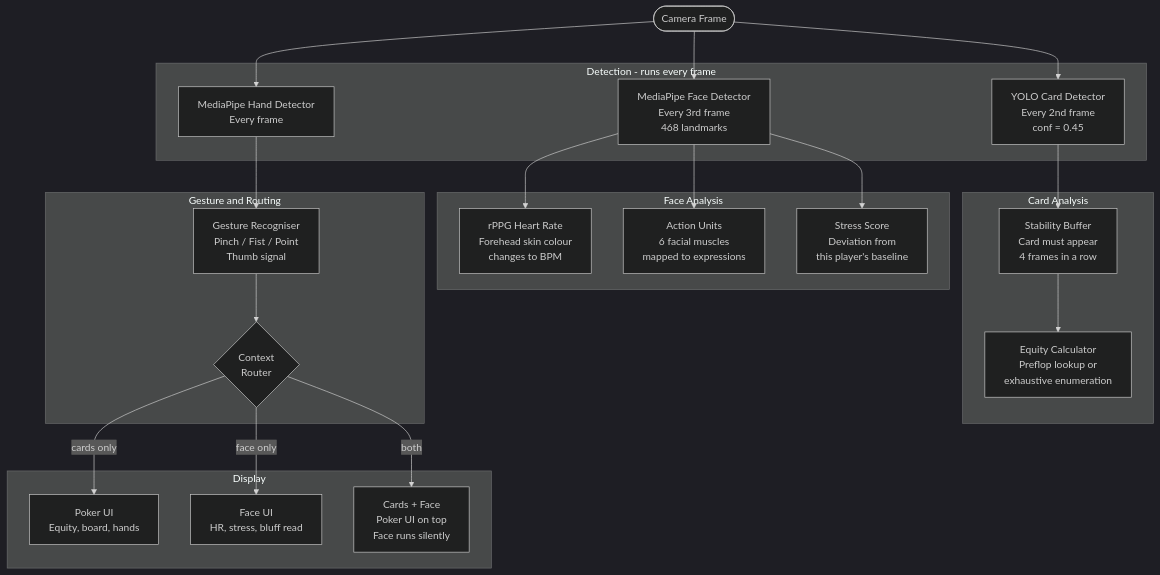
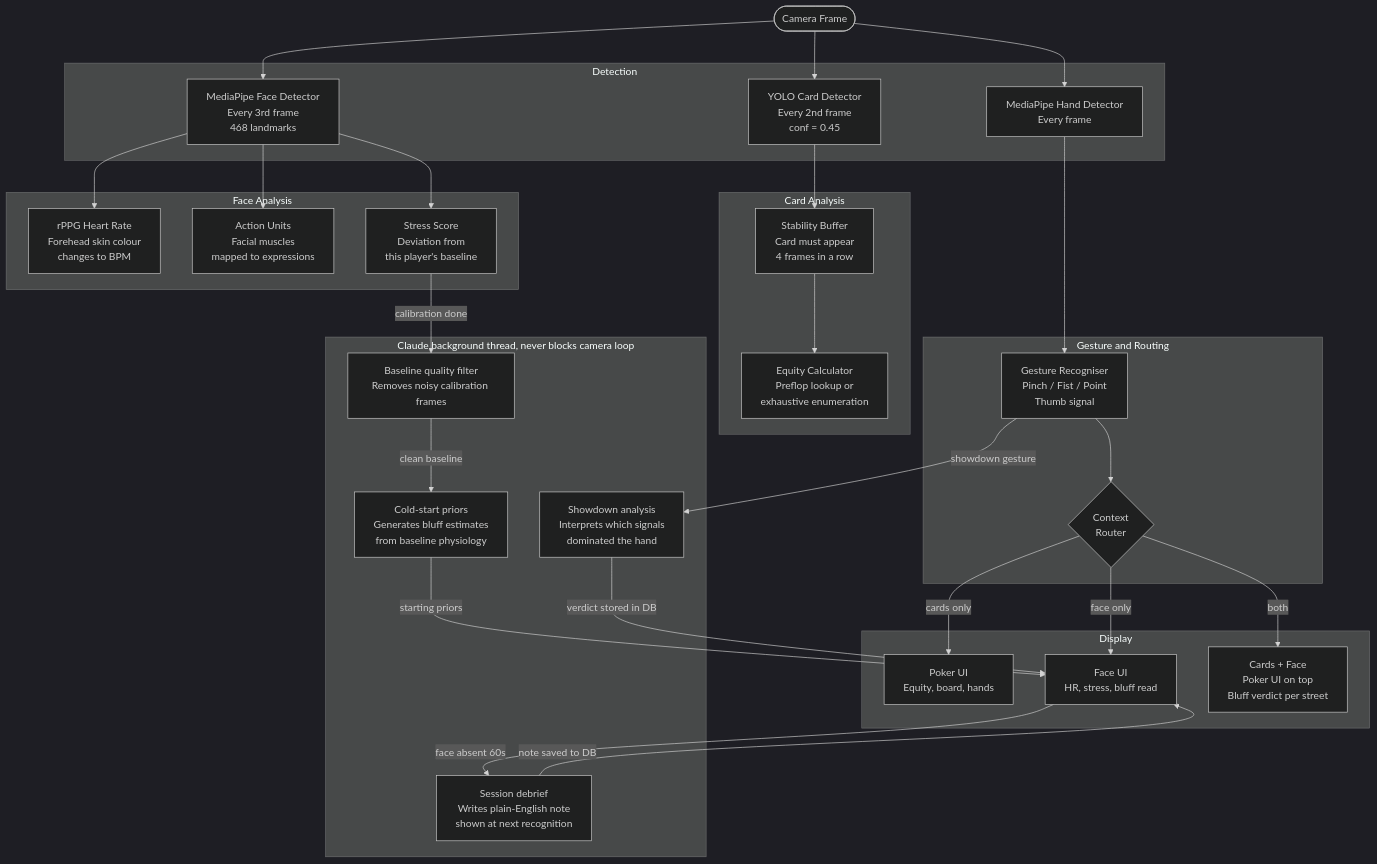
One commit to Dee-1862/PokerFace changed the second of 4 diagrams in README.md. Above: the diagram before and after it, drawn with Mermaid (dark theme). The commit also changed other lines of this file and 29 other files, not shown here.

````diff
--- a/README.md
+++ b/README.md
@@ -60,40 +64,55 @@
 ```mermaid
 flowchart TD
     CAM([Camera Frame])
 
-    subgraph Detection ["Detection - runs every frame"]
+    subgraph Detection ["Detection"]
         YOLO["YOLO Card Detector<br/>Every 2nd frame<br/>conf = 0.45"]
         FACE["MediaPipe Face Detector<br/>Every 3rd frame<br/>468 landmarks"]
         HAND["MediaPipe Hand Detector<br/>Every frame"]
     end
 
     subgraph CardPipeline ["Card Analysis"]
         STAB["Stability Buffer<br/>Card must appear<br/>4 frames in a row"]
         EQ["Equity Calculator<br/>Preflop lookup or<br/>exhaustive enumeration"]
     end
 
     subgraph FacePipeline ["Face Analysis"]
         RPPG["rPPG Heart Rate<br/>Forehead skin colour<br/>changes to BPM"]
-        FACS["Action Units<br/>6 facial muscles<br/>mapped to expressions"]
+        FACS["Action Units<br/>Facial muscles<br/>mapped to expressions"]
         STRESS["Stress Score<br/>Deviation from<br/>this player's baseline"]
     end
 
     subgraph GesturePipeline ["Gesture and Routing"]
         GESTURE["Gesture Recogniser<br/>Pinch / Fist / Point<br/>Thumb signal"]
         ROUTER{Context<br/>Router}
     end
 
     subgraph Display ["Display"]
         POKERUI["Poker UI<br/>Equity, board, hands"]
         FACEUI["Face UI<br/>HR, stress, bluff read"]
-        HYBRID["Cards + Face<br/>Poker UI on top<br/>Face runs silently"]
+        HYBRID["Cards + Face<br/>Poker UI on top<br/>Bluff verdict per street"]
+    end
+
+    subgraph Claude ["Claude  background thread, never blocks camera loop"]
+        C1["Baseline quality filter<br/>Removes noisy calibration frames"]
+        C2["Cold-start priors<br/>Generates bluff estimates<br/>from baseline physiology"]
+        C3["Showdown analysis<br/>Interprets which signals<br/>dominated the hand"]
+        C4["Session debrief<br/>Writes plain-English note<br/>shown at next recognition"]
     end
 
     CAM --> YOLO & FACE & HAND
     YOLO --> STAB --> EQ
     FACE --> RPPG & FACS & STRESS
     HAND --> GESTURE --> ROUTER
     ROUTER -->|cards only| POKERUI
     ROUTER -->|face only| FACEUI
     ROUTER -->|both| HYBRID
+
+    STRESS -->|calibration done| C1
+    C1 -->|clean baseline| C2
+    GESTURE -->|showdown gesture| C3
+    FACEUI -->|face absent 60s| C4
+    C2 -->|starting priors| FACEUI
+    C3 -->|verdict stored in DB| FACEUI
+    C4 -->|note saved to DB| FACEUI
 ```
````
